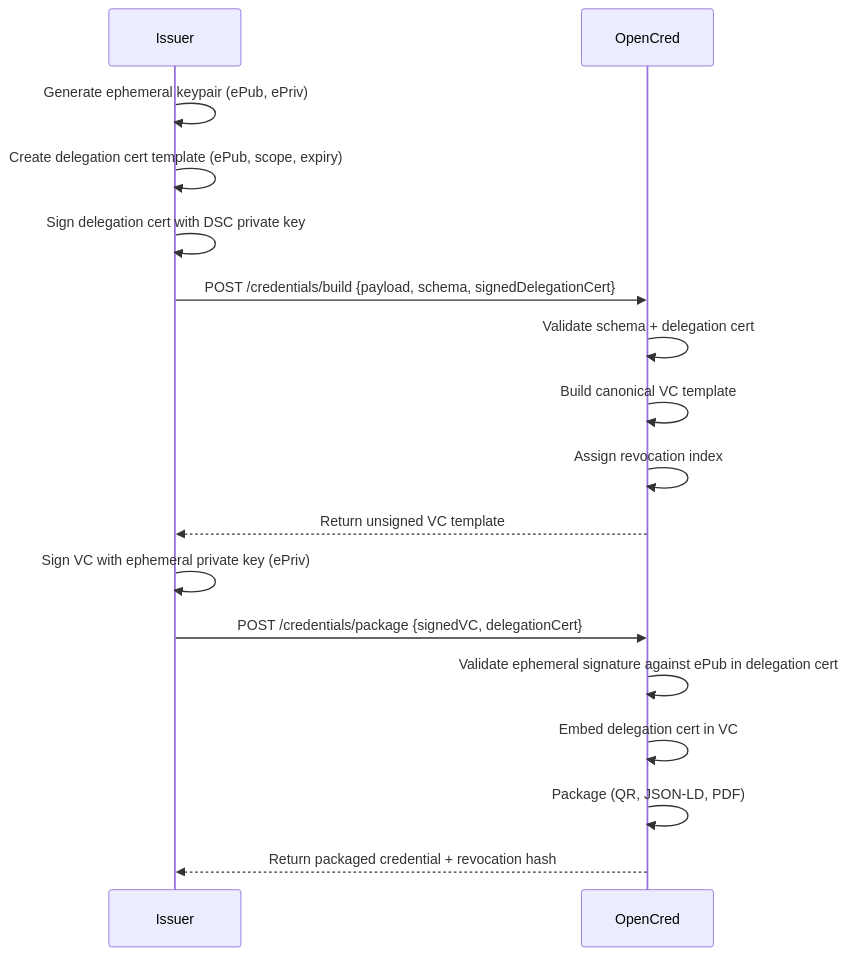
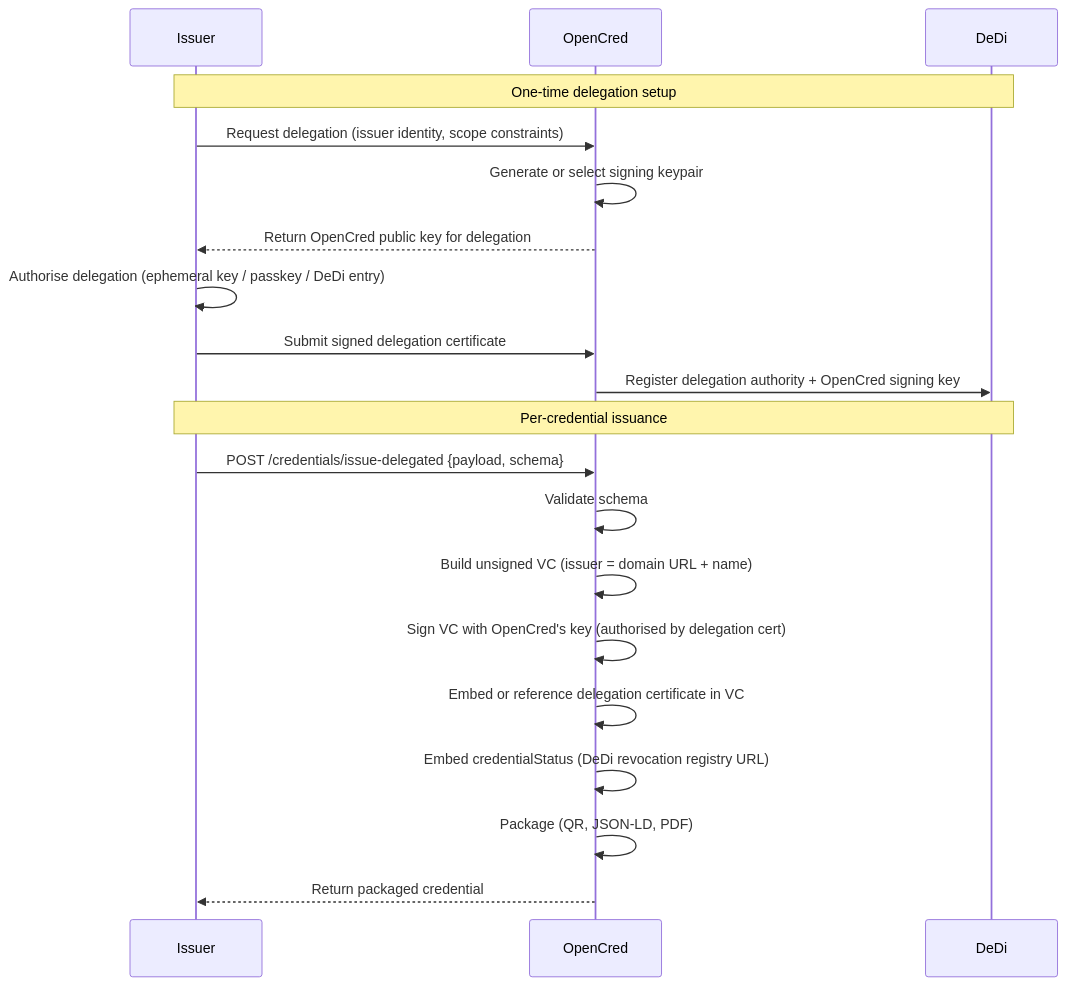
One commit to nfh-trust-labs/opencred changed the third of 7 diagrams in OpenCred_PRD.md. Above: the diagram before and after it, drawn with Mermaid. The commit also changed other lines of this file and 189 other files, not shown here.

````diff
--- a/OpenCred_PRD.md
+++ b/OpenCred_PRD.md
@@ -110,20 +342,24 @@
 ```mermaid
 sequenceDiagram
     participant Issuer
     participant OpenCred
+    participant DeDi
 
-    Issuer->>Issuer: Generate ephemeral keypair (ePub, ePriv)
-    Issuer->>Issuer: Create delegation cert template (ePub, scope, expiry)
-    Issuer->>Issuer: Sign delegation cert with DSC private key
-    Issuer->>OpenCred: POST /credentials/build {payload, schema, signedDelegationCert}
-    OpenCred->>OpenCred: Validate schema + delegation cert
-    OpenCred->>OpenCred: Build canonical VC template
-    OpenCred->>OpenCred: Assign revocation index
-    OpenCred-->>Issuer: Return unsigned VC template
-    Issuer->>Issuer: Sign VC with ephemeral private key (ePriv)
-    Issuer->>OpenCred: POST /credentials/package {signedVC, delegationCert}
-    OpenCred->>OpenCred: Validate ephemeral signature against ePub in delegation cert
-    OpenCred->>OpenCred: Embed delegation cert in VC
+    Note over Issuer,DeDi: One-time delegation setup
+    Issuer->>OpenCred: Request delegation (issuer identity, scope constraints)
+    OpenCred->>OpenCred: Generate or select signing keypair
+    OpenCred-->>Issuer: Return OpenCred public key for delegation
+    Issuer->>Issuer: Authorise delegation (ephemeral key / passkey / DeDi entry)
+    Issuer->>OpenCred: Submit signed delegation certificate
+    OpenCred->>DeDi: Register delegation authority + OpenCred signing key
+
+    Note over Issuer,DeDi: Per-credential issuance
+    Issuer->>OpenCred: POST /credentials/issue-delegated {payload, schema}
+    OpenCred->>OpenCred: Validate schema
+    OpenCred->>OpenCred: Build unsigned VC (issuer = domain URL + name)
+    OpenCred->>OpenCred: Sign VC with OpenCred's key (authorised by delegation cert)
+    OpenCred->>OpenCred: Embed or reference delegation certificate in VC
+    OpenCred->>OpenCred: Embed credentialStatus (DeDi revocation registry URL)
     OpenCred->>OpenCred: Package (QR, JSON-LD, PDF)
-    OpenCred-->>Issuer: Return packaged credential + revocation hash
+    OpenCred-->>Issuer: Return packaged credential
 ```
````
